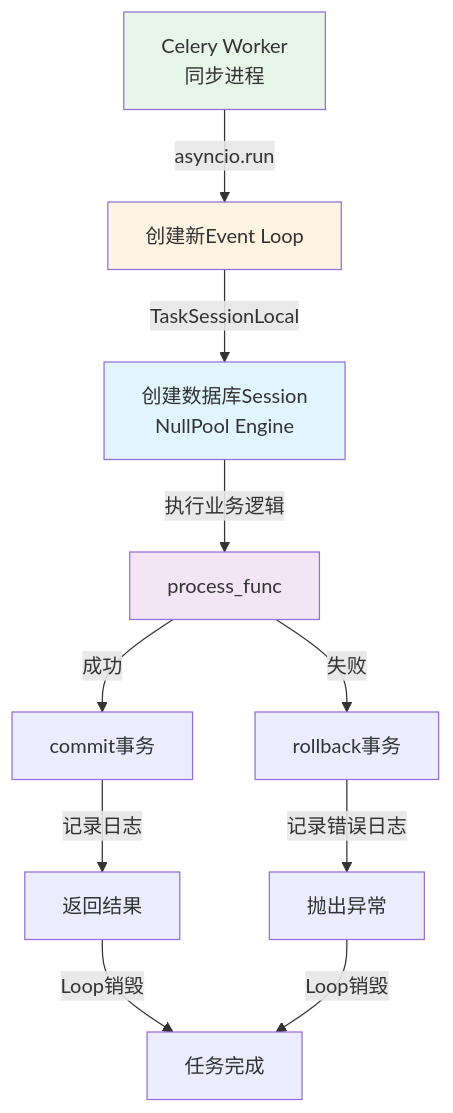
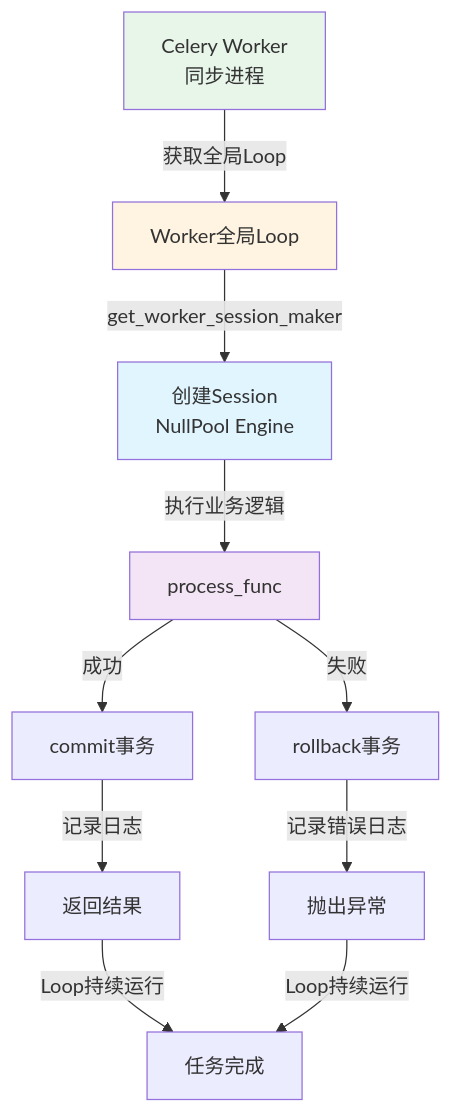
One commit to helloAhao096/helloahao096.github.io changed the fourth of 7 diagrams in docs/posts/Celery 异步任务队列完整指南.md. Above: the diagram before and after it, drawn with Mermaid. The commit also changed other lines of this file, not shown here.

First line of the commit message:
docs(posts): 更新 Celery 文档，增强 Worker 生命周期与资源管理部分

````diff
--- a/docs/posts/Celery 异步任务队列完整指南.md
+++ b/docs/posts/Celery 异步任务队列完整指南.md
@@ -367,17 +489,17 @@
 ```mermaid
 graph TD
-    A[Celery Worker<br/>同步进程] -->|asyncio.run| B[创建新Event Loop]
-    B -->|TaskSessionLocal| C[创建数据库Session<br/>NullPool Engine]
+    A[Celery Worker<br/>同步进程] -->|获取全局Loop| B[Worker全局Loop]
+    B -->|get_worker_session_maker| C[创建Session<br/>NullPool Engine]
     C -->|执行业务逻辑| D[process_func]
     D -->|成功| E[commit事务]
     D -->|失败| F[rollback事务]
     E -->|记录日志| G[返回结果]
     F -->|记录错误日志| H[抛出异常]
-    G -->|Loop销毁| I[任务完成]
-    H -->|Loop销毁| I
+    G -->|Loop持续运行| I[任务完成]
+    H -->|Loop持续运行| I
     
     style A fill:#e8f5e9
     style B fill:#fff4e1
     style C fill:#e1f5ff
     style D fill:#f3e5f5
 ```
````
